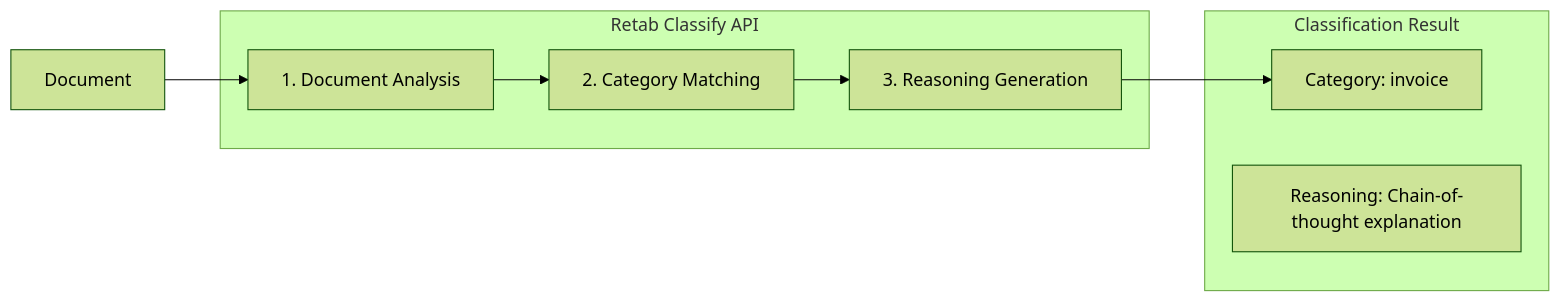
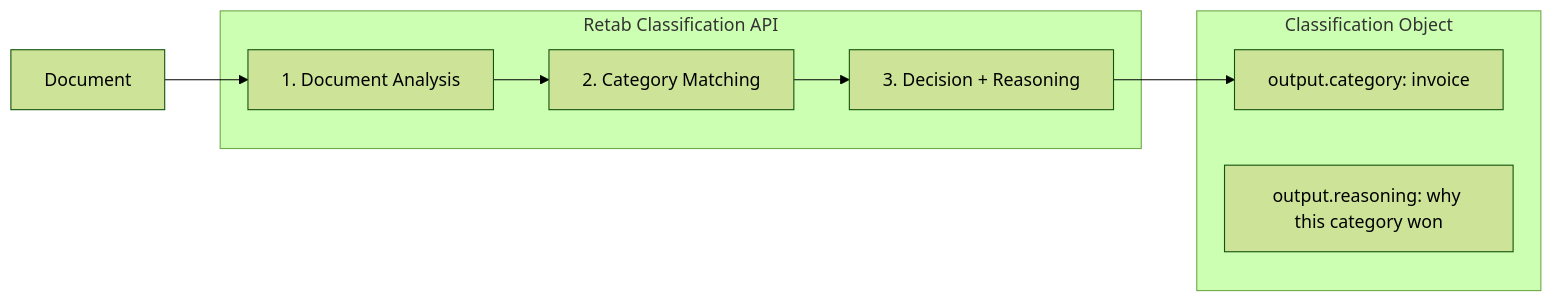
Before and after one commit to retab-dev/docs: the diagram in core-concepts/Classify.mdx, drawn with Mermaid (forest theme). The commit also changed other lines of this file and 53 other files, not shown here.

````diff
--- a/core-concepts/Classify.mdx
+++ b/core-concepts/Classify.mdx
@@ -19,17 +18,17 @@
 ```mermaid
 flowchart LR
     A[Document] --> B
-    
-    subgraph Retab["Retab Classify API"]
+
+    subgraph Retab["Retab Classification API"]
         B[1. Document Analysis]
         B --> C[2. Category Matching]
-        C --> D[3. Reasoning Generation]
+        C --> D[3. Decision + Reasoning]
     end
-    
+
     D --> E
-    
-    subgraph Output["Classification Result"]
-        E[Category: invoice]
-        F[Reasoning: Chain-of-thought explanation]
+
+    subgraph Output["Classification Object"]
+        E[output.category: invoice]
+        F[output.reasoning: why this category won]
     end
 ```
````
